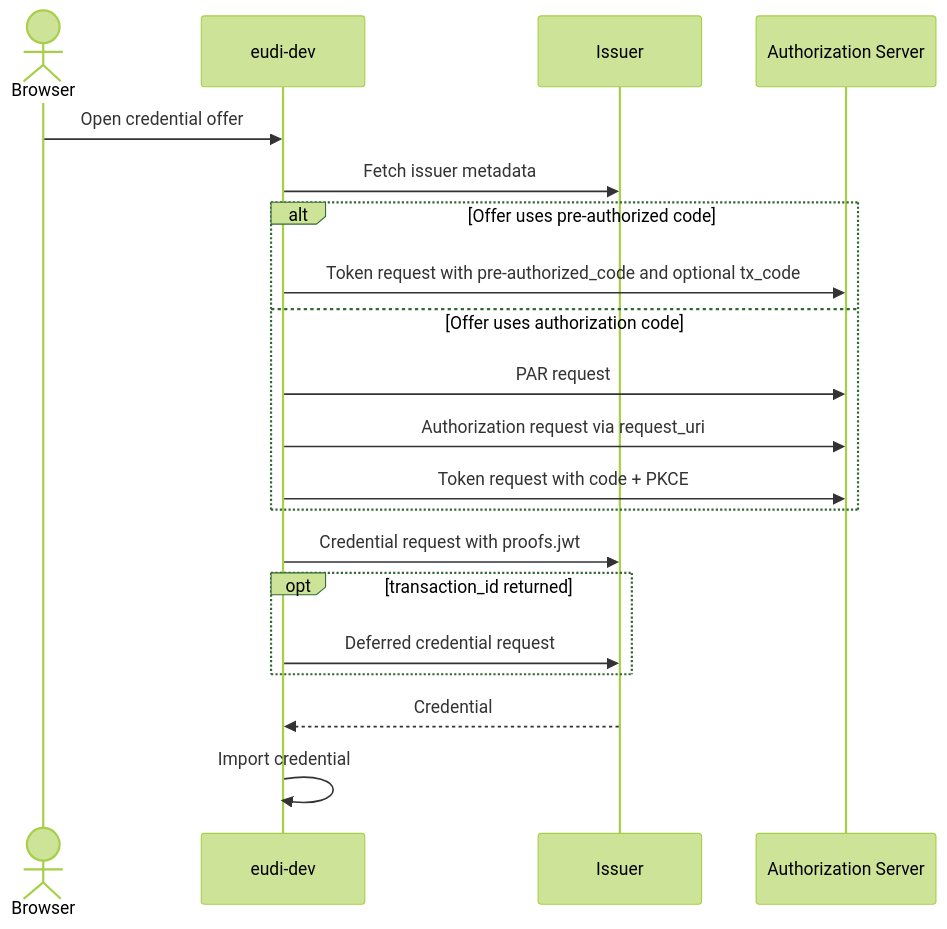
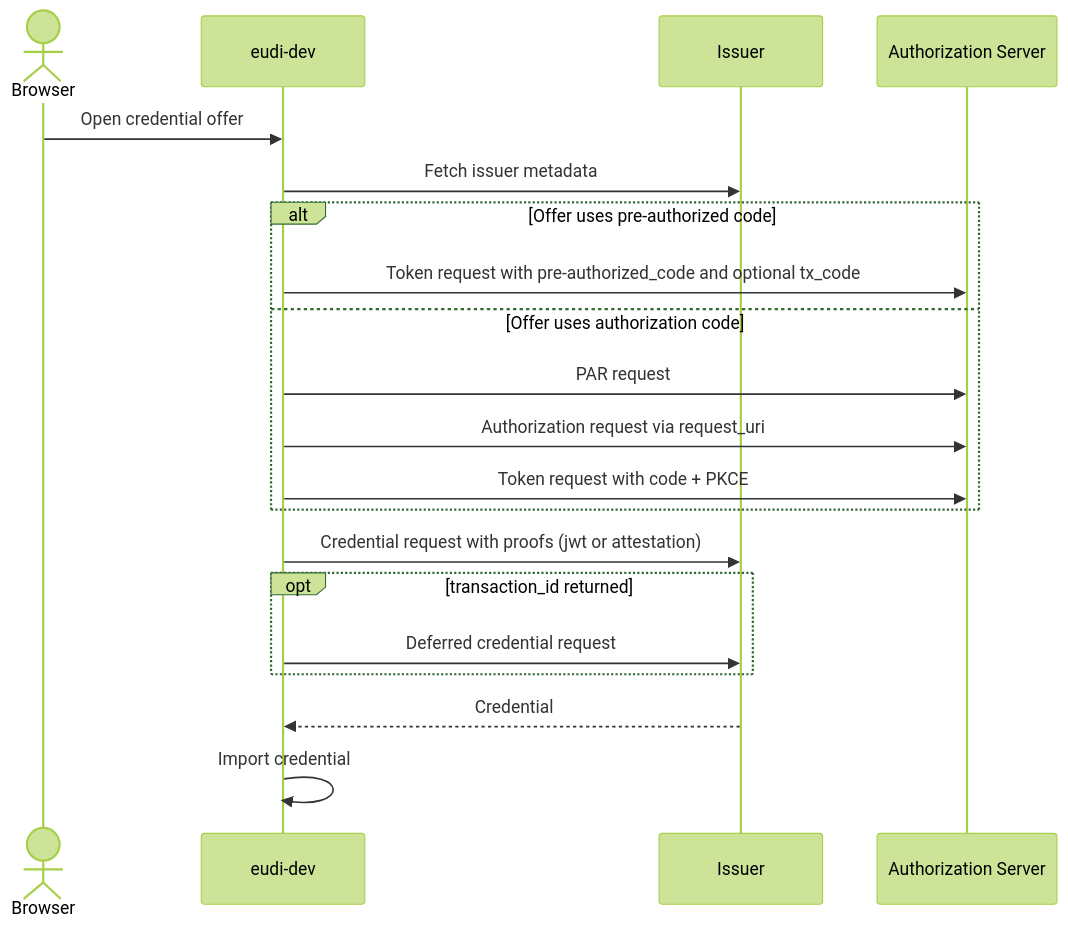
The first of 4 diagrams in docs/diagrams/oid4vci.md (dominikschlosser/eudi-dev), drawn with Mermaid (forest theme) before and after one commit. The commit also changed other lines of this file and 13 other files, not shown here.

````diff
--- a/docs/diagrams/oid4vci.md
+++ b/docs/diagrams/oid4vci.md
@@ -7,23 +7,23 @@
 ```mermaid
 sequenceDiagram
     actor Browser
     participant Wallet as eudi-dev
     participant Issuer
     participant AS as Authorization Server
 
     Browser->>Wallet: Open credential offer
     Wallet->>Issuer: Fetch issuer metadata
     alt Offer uses pre-authorized code
         Wallet->>AS: Token request with pre-authorized_code and optional tx_code
     else Offer uses authorization code
         Wallet->>AS: PAR request
         Wallet->>AS: Authorization request via request_uri
         Wallet->>AS: Token request with code + PKCE
     end
-    Wallet->>Issuer: Credential request with proofs.jwt
+    Wallet->>Issuer: Credential request with proofs (jwt or attestation)
     opt transaction_id returned
         Wallet->>Issuer: Deferred credential request
     end
     Issuer-->>Wallet: Credential
     Wallet->>Wallet: Import credential
 ```
````
